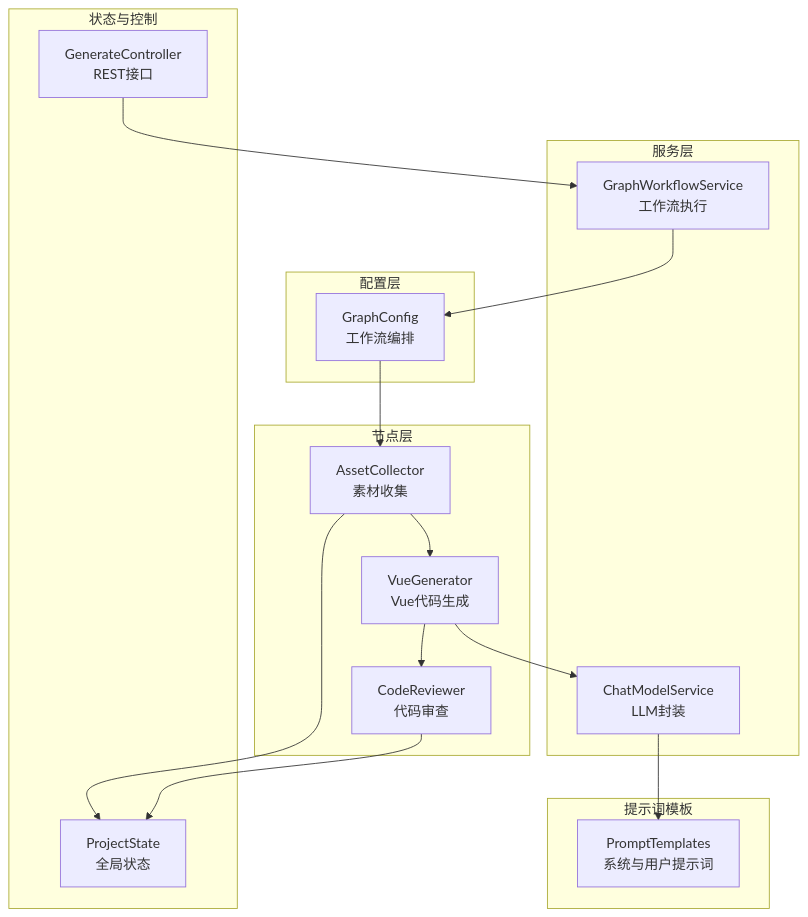
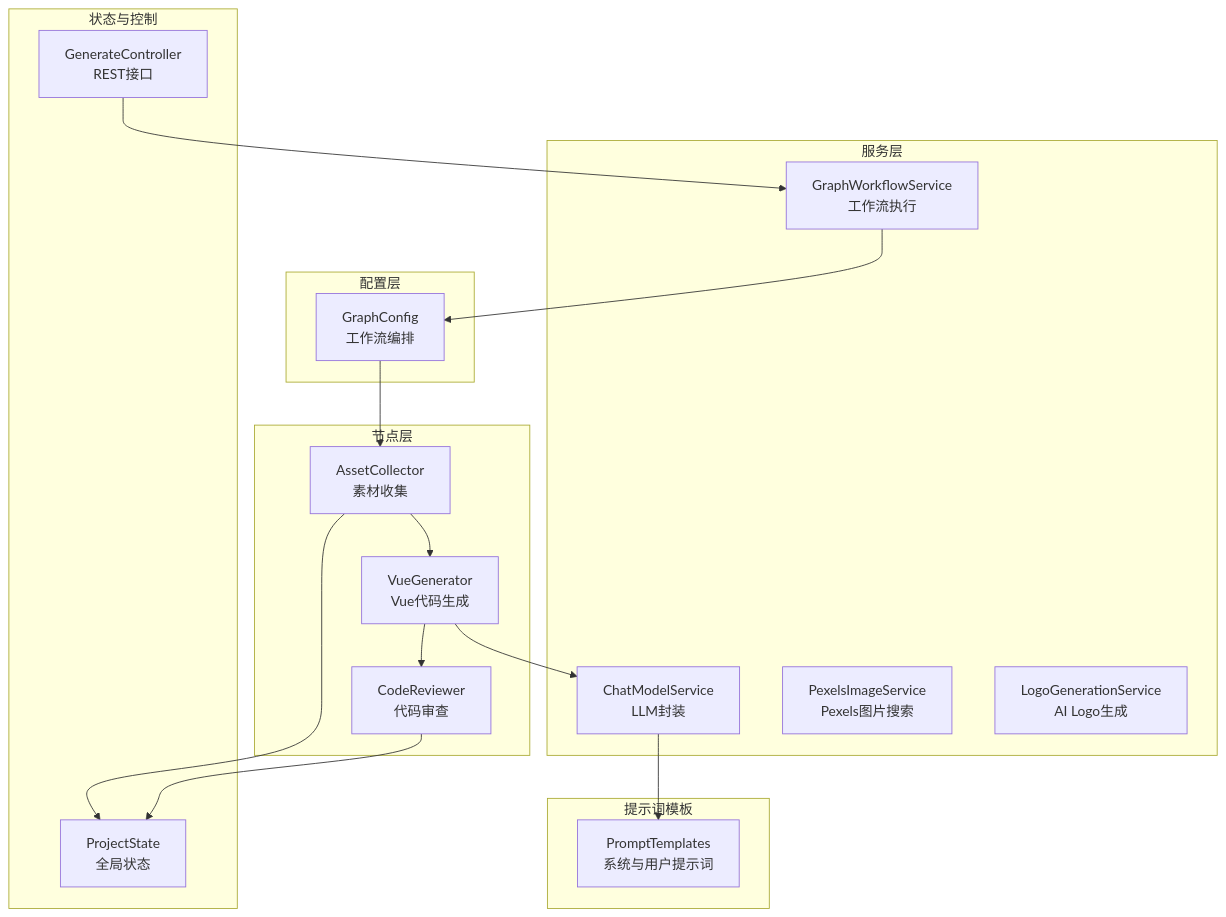
One commit to CyanYuKi/WebSiteFrontendCodeMother changed the first of 8 diagrams in .qoder/repowiki/zh/content/AI工作流系统/AI节点分析/素材收集节点.md. Above: the diagram before and after it, drawn with Mermaid. The commit also changed other lines of this file and 21 other files, not shown here.

````diff
--- a/.qoder/repowiki/zh/content/AI工作流系统/AI节点分析/素材收集节点.md
+++ b/.qoder/repowiki/zh/content/AI工作流系统/AI节点分析/素材收集节点.md
@@ -34,31 +44,33 @@
 ```mermaid
 graph TB
 subgraph "配置层"
 GC["GraphConfig<br/>工作流编排"]
 end
 subgraph "节点层"
 AC["AssetCollector<br/>素材收集"]
 VG["VueGenerator<br/>Vue代码生成"]
 CR["CodeReviewer<br/>代码审查"]
 end
 subgraph "服务层"
 GWS["GraphWorkflowService<br/>工作流执行"]
 CMS["ChatModelService<br/>LLM封装"]
+PIS["PexelsImageService<br/>Pexels图片搜索"]
+LGS["LogoGenerationService<br/>AI Logo生成"]
 end
 subgraph "状态与控制"
 PS["ProjectState<br/>全局状态"]
 CTRL["GenerateController<br/>REST接口"]
 end
 subgraph "提示词模板"
 PT["PromptTemplates<br/>系统与用户提示词"]
 end
 CTRL --> GWS
 GWS --> GC
 GC --> AC
 AC --> PS
 AC --> VG
 VG --> CMS
 CMS --> PT
 VG --> CR
 CR --> PS
 ```
````
